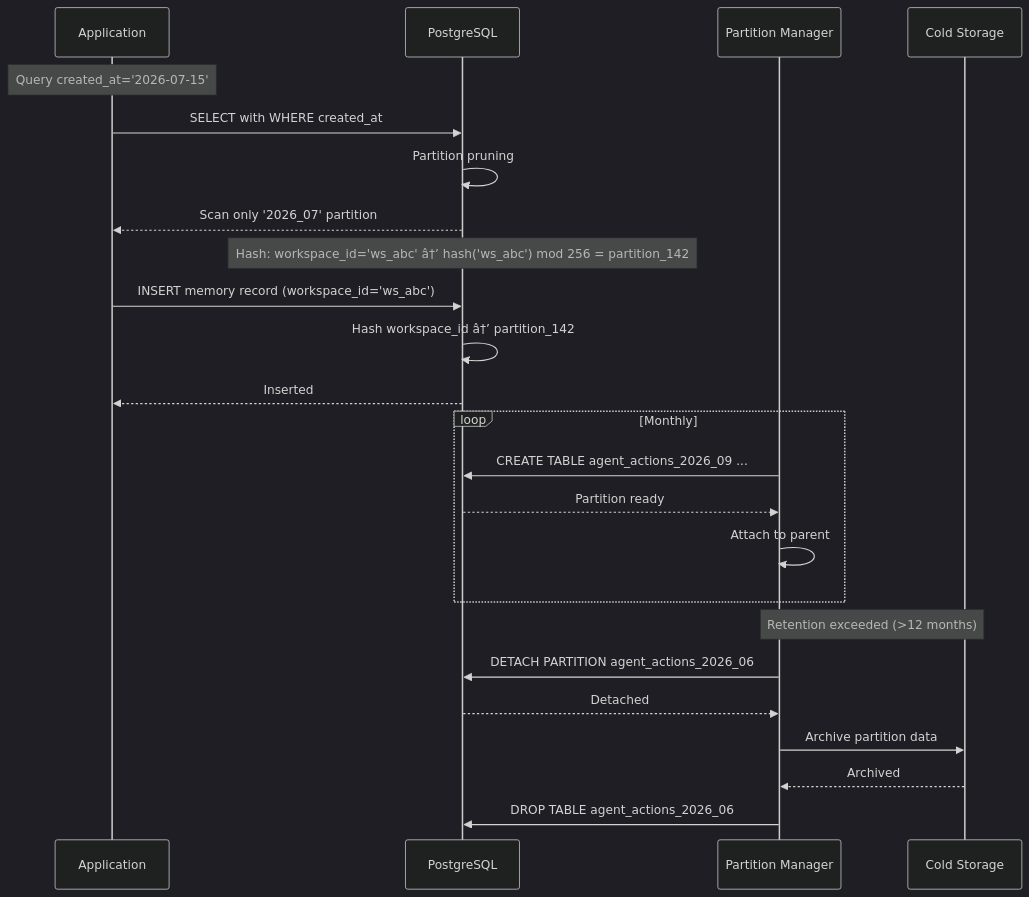
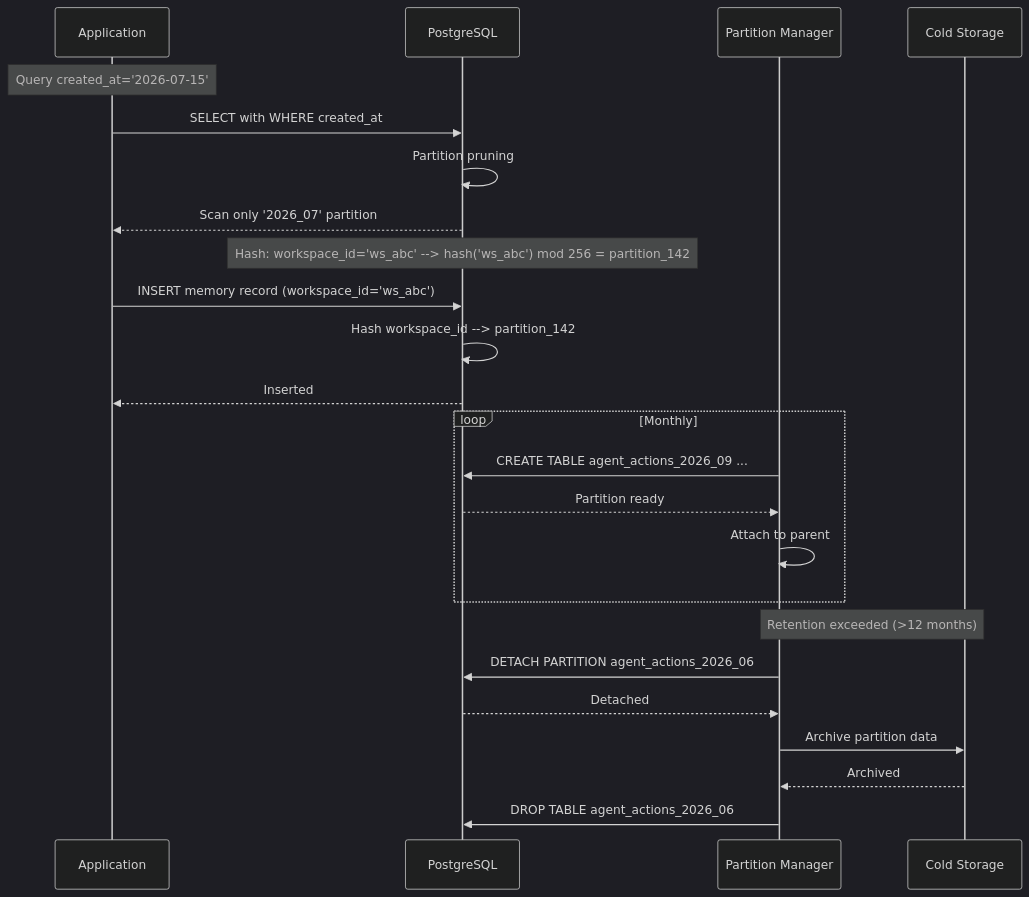
The second of 2 diagrams in Docs/Database/Partitioning.md (Driftloom/Vaeloom), drawn with Mermaid (dark theme) before and after one commit. The commit also changed other lines of this file and 8 other files, not shown here.

Commit message:
docs(db): add database design, schema, ER diagram, and optimization

````diff
--- a/Docs/Database/Partitioning.md
+++ b/Docs/Database/Partitioning.md
@@ -311,33 +311,33 @@
 ```mermaid
 sequenceDiagram
     participant APP as Application
     participant DB as PostgreSQL
     participant CRON as Partition Manager
     participant S3 as Cold Storage
 
     Note over APP: Query created_at='2026-07-15'
 
     APP->>DB: SELECT with WHERE created_at
     DB->>DB: Partition pruning
     DB-->>APP: Scan only '2026_07' partition
 
-    Note over DB: Hash: workspace_id='ws_abc' â†’ hash('ws_abc') mod 256 = partition_142
+    Note over DB: Hash: workspace_id='ws_abc' --> hash('ws_abc') mod 256 = partition_142
 
     APP->>DB: INSERT memory record (workspace_id='ws_abc')
-    DB->>DB: Hash workspace_id â†’ partition_142
+    DB->>DB: Hash workspace_id --> partition_142
     DB-->>APP: Inserted
 
     loop Monthly
         CRON->>DB: CREATE TABLE agent_actions_2026_09 ...
         DB-->>CRON: Partition ready
         CRON->>CRON: Attach to parent
     end
 
     Note over CRON,S3: Retention exceeded (>12 months)
 
     CRON->>DB: DETACH PARTITION agent_actions_2026_06
     DB-->>CRON: Detached
     CRON->>S3: Archive partition data
     S3-->>CRON: Archived
     CRON->>DB: DROP TABLE agent_actions_2026_06
 ```
````
